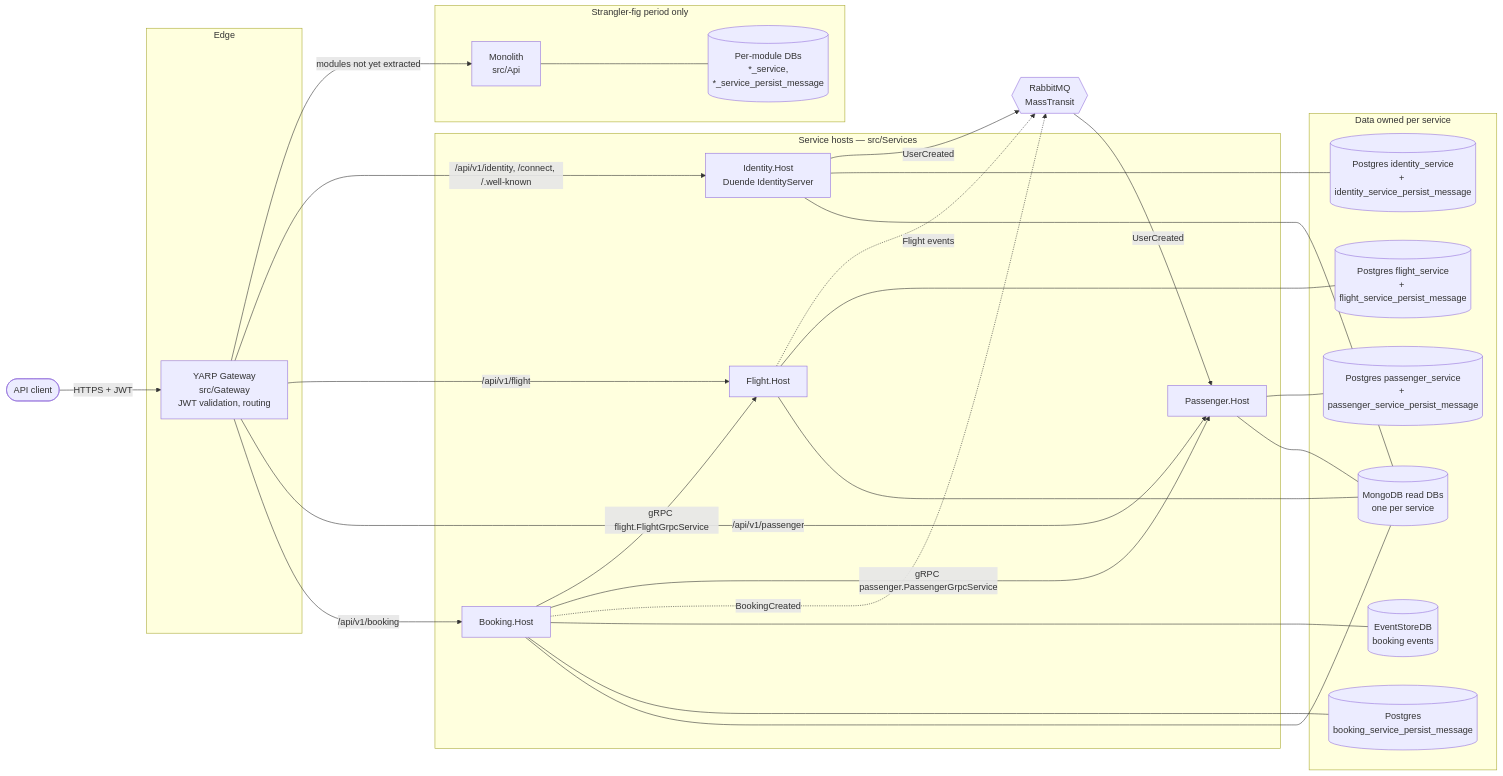
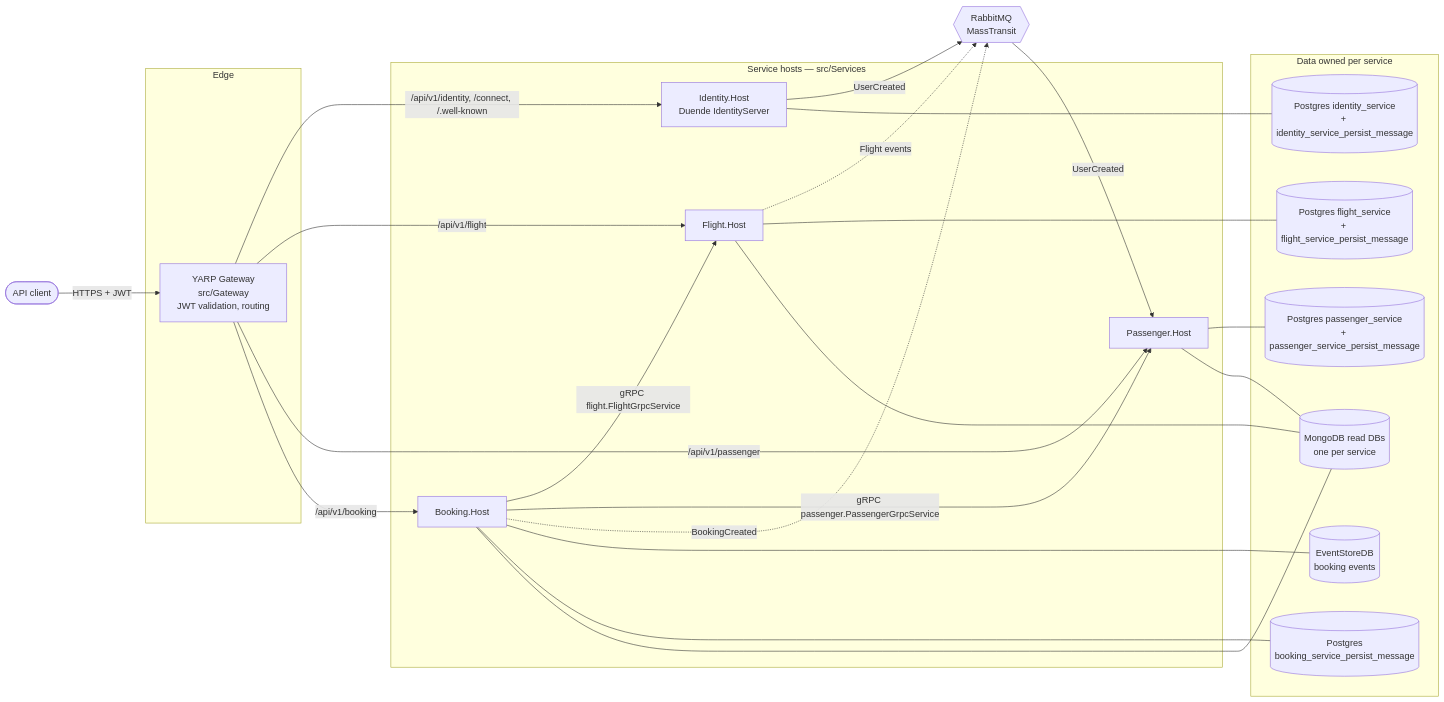
Before and after one commit to COG-GTM/booking-modular-monolith: the first of 2 diagrams in docs/architecture/target-architecture.md, drawn with Mermaid. The commit also changed other lines of this file and 66 other files, not shown here.

Commit message:
refactor(api): decommission the monolith host (AB-505)

````diff
--- a/docs/architecture/target-architecture.md
+++ b/docs/architecture/target-architecture.md
@@ -15,57 +13,49 @@
 ```mermaid
 flowchart LR
     client([API client])
 
     subgraph edge[Edge]
       gw[YARP Gateway<br/>src/Gateway<br/>JWT validation, routing]
-    end
-
-    subgraph legacy[Strangler-fig period only]
-      mono[Monolith<br/>src/Api]
-      monodb[(Per-module DBs<br/>*_service,<br/>*_service_persist_message)]
-      mono --- monodb
     end
 
     subgraph services[Service hosts — src/Services]
       identity[Identity.Host<br/>Duende IdentityServer]
       flight[Flight.Host]
       passenger[Passenger.Host]
       booking[Booking.Host]
     end
 
     subgraph data[Data owned per service]
       idpg[(Postgres identity_service<br/>+ identity_service_persist_message)]
       fpg[(Postgres flight_service<br/>+ flight_service_persist_message)]
       ppg[(Postgres passenger_service<br/>+ passenger_service_persist_message)]
       esdb[(EventStoreDB<br/>booking events)]
       bpg[(Postgres<br/>booking_service_persist_message)]
       mongo[(MongoDB read DBs<br/>one per service)]
     end
 
     mq{{RabbitMQ<br/>MassTransit}}
 
     client -->|HTTPS + JWT| gw
-    gw -->|modules not yet extracted| mono
     gw -->|/api/v1/identity, /connect, /.well-known| identity
     gw -->|/api/v1/flight| flight
     gw -->|/api/v1/passenger| passenger
     gw -->|/api/v1/booking| booking
 
     booking -->|gRPC flight.FlightGrpcService| flight
     booking -->|gRPC passenger.PassengerGrpcService| passenger
 
     identity -->|UserCreated| mq
     mq -->|UserCreated| passenger
     flight -.->|Flight events| mq
     booking -.->|BookingCreated| mq
 
     identity --- idpg
     flight --- fpg
     passenger --- ppg
     booking --- esdb
     booking --- bpg
-    identity --- mongo
     flight --- mongo
     passenger --- mongo
     booking --- mongo
 ```
````
